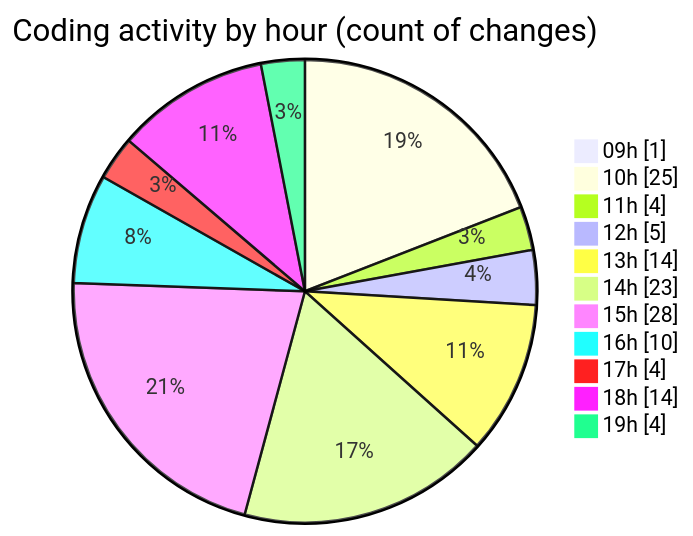
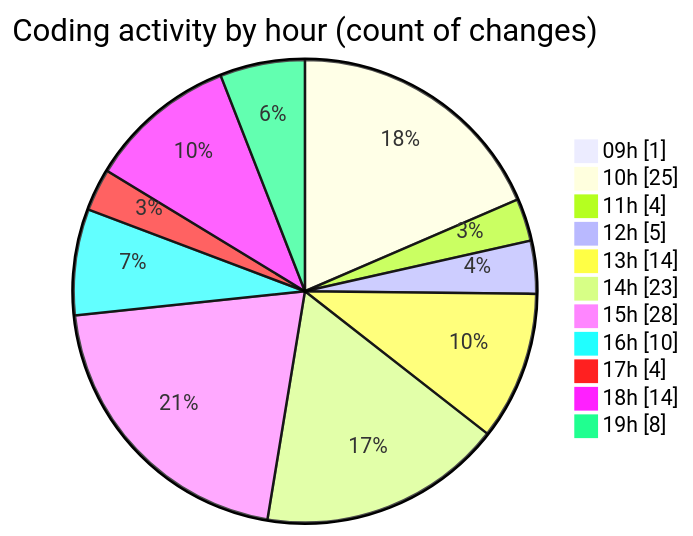
Before and after one commit to julien-gomy/code-tracking: the second of 2 diagrams in 2025-11-17/eventscop-frontend-guide__workspace_/README.md, drawn with Mermaid. The commit also changed other lines of this file and 1 other file, not shown here.

````diff
--- a/2025-11-17/eventscop-frontend-guide__workspace_/README.md
+++ b/2025-11-17/eventscop-frontend-guide__workspace_/README.md
@@ -62,15 +62,15 @@
 ```mermaid
 pie showData
 title Coding activity by hour (count of changes)
 "09h" : 1
 "10h" : 25
 "11h" : 4
 "12h" : 5
 "13h" : 14
 "14h" : 23
 "15h" : 28
 "16h" : 10
 "17h" : 4
 "18h" : 14
-"19h" : 4
+"19h" : 8
 ```
````
